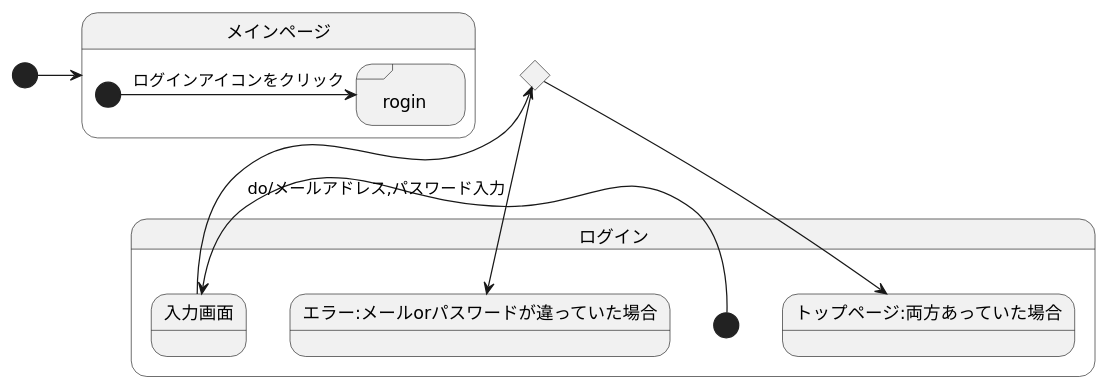
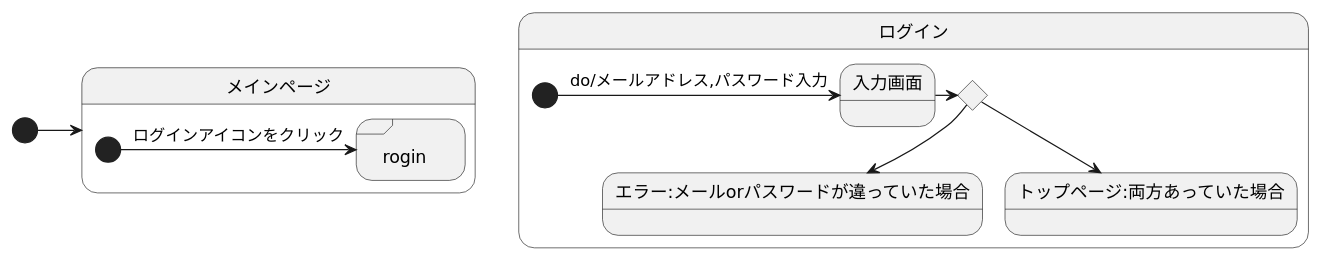
One commit to akutori/T-D-E changed the diagram in UML.md. Above: the diagram before and after it, drawn with PlantUML.

````diff
--- a/UML.md
+++ b/UML.md
@@ -1,26 +1,24 @@
 ```uml
 @startuml
-
-state input <<choice>>
 
 
 [*]->メインページ
 state メインページ{
 state rogin
     [*]-> rogin : ログインアイコンをクリック
 
 }
 state "rogin" <<sdlreceive>> 
 
 state ログイン{
 state input <<choice>>
     [*]-> 入力画面:do/メールアドレス,パスワード入力
     入力画面->input
     input --> エラー:メールorパスワードが違っていた場合
     input --> トップページ:両方あっていた場合
 }
 
 
 
 @enduml
 ```
````
